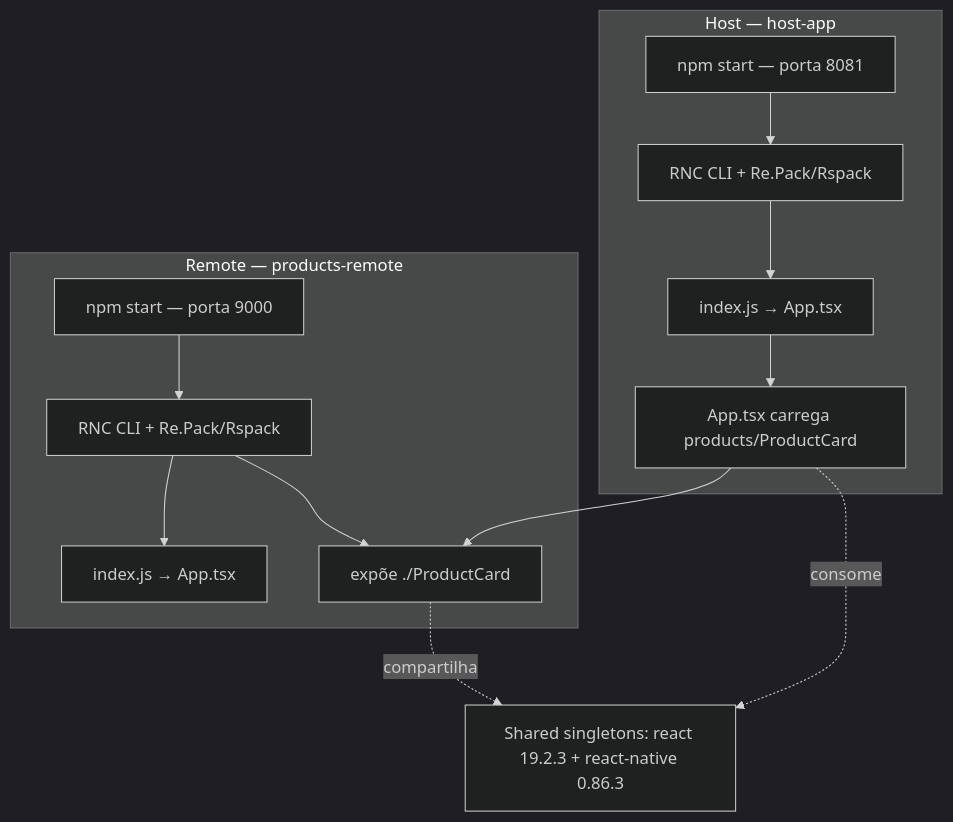
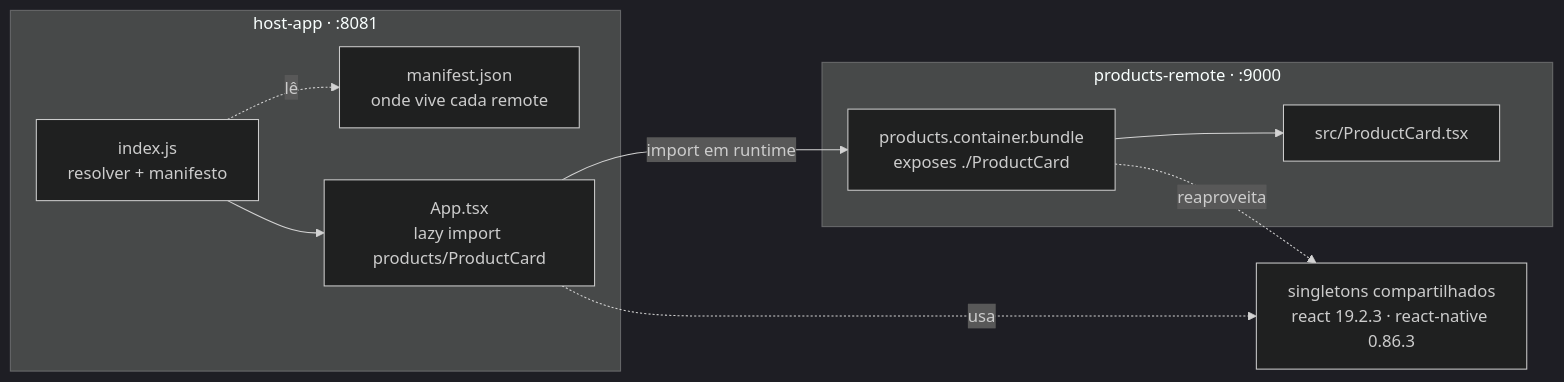
One commit to Luizrebelatto/module-federation-playground changed the first of 2 diagrams in mf-runtime/README.md. Above: the diagram before and after it, drawn with Mermaid (dark theme). The commit also changed other lines of this file and 2 other files, not shown here.

Commit message:
Add detailed README and manifest for Module Federation setup

````diff
--- a/mf-runtime/README.md
+++ b/mf-runtime/README.md
@@ -7,24 +18,21 @@
 ```mermaid
-flowchart TD
-    subgraph H["Host — host-app"]
-        H1["npm start — porta 8081"]
-        H2["RNC CLI + Re.Pack/Rspack"]
-        H3["index.js → App.tsx"]
-        H4["App.tsx carrega products/ProductCard"]
-        H1 --> H2 --> H3 --> H4
+flowchart LR
+    subgraph HOST["host-app · :8081"]
+        IDX["index.js<br/>resolver + manifesto"]
+        MAN["manifest.json<br/>onde vive cada remote"]
+        APP["App.tsx<br/>lazy import products/ProductCard"]
+        IDX -. lê .-> MAN
+        IDX --> APP
     end
 
-    subgraph R["Remote — products-remote"]
-        R1["npm start — porta 9000"]
-        R2["RNC CLI + Re.Pack/Rspack"]
-        R3["index.js → App.tsx"]
-        R4["expõe ./ProductCard"]
-        R1 --> R2 --> R3
-        R2 --> R4
+    subgraph REMOTE["products-remote · :9000"]
+        CONT["products.container.bundle<br/>exposes ./ProductCard"]
+        PC["src/ProductCard.tsx"]
+        CONT --> PC
     end
 
-    H4 --> R4
-    S["Shared singletons: react 19.2.3 + react-native 0.86.3"]
-    H4 -. "consome" .-> S
-    R4 -. "compartilha" .-> S
+    APP -- "import em runtime" --> CONT
+    SHARED["singletons compartilhados<br/>react 19.2.3 · react-native 0.86.3"]
+    APP -. usa .-> SHARED
+    CONT -. reaproveita .-> SHARED
 ```
````
